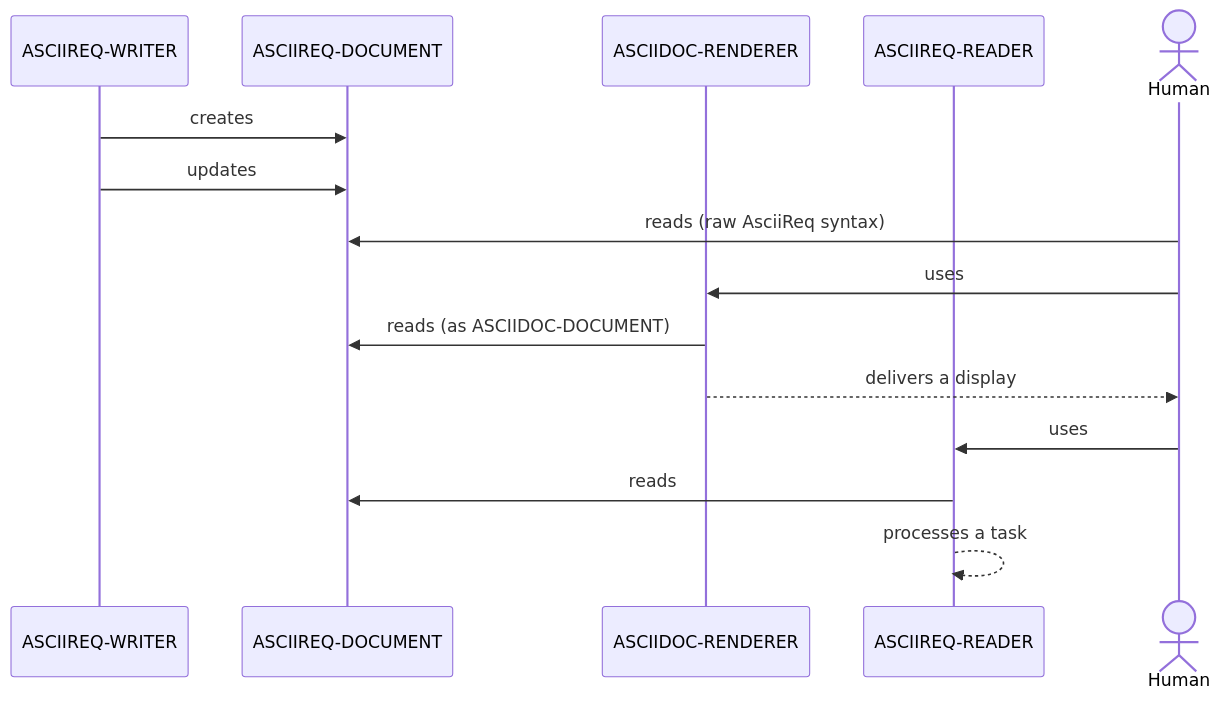
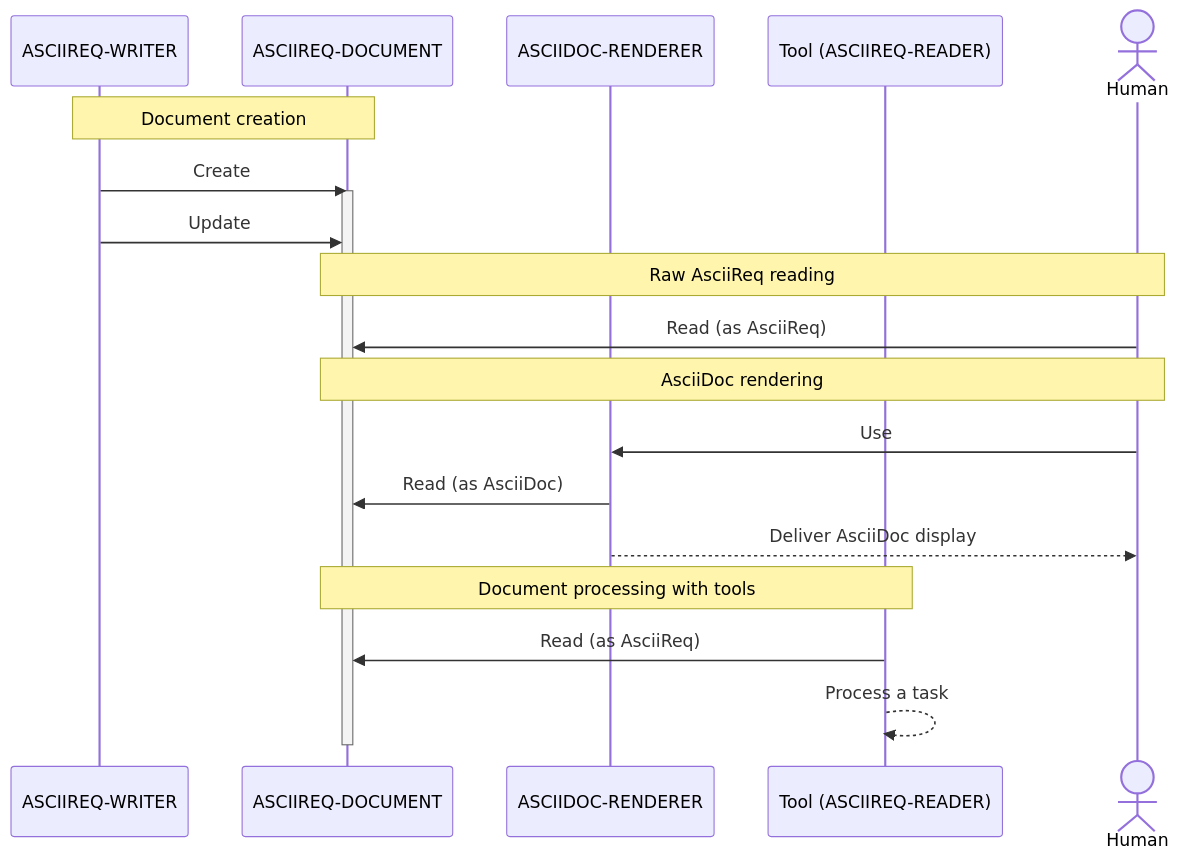
Before and after one commit to AsciiReq/specification: the diagram in diagrams/asciireq-workflow.mmd, drawn with Mermaid. The commit also changed 1 other file, not shown here.

Commit message:
Improve `diagrams/asciireq-workflow.mmd`

```diff
--- a/diagrams/asciireq-workflow.mmd
+++ b/diagrams/asciireq-workflow.mmd
@@ -1,19 +1,26 @@
 sequenceDiagram
-    participant ASCIIREQ-WRITER
-    participant ASCIIREQ-DOCUMENT
-    participant ASCIIDOC-RENDERER
-    participant ASCIIREQ-READER
-    actor Human
 
-    ASCIIREQ-WRITER->>ASCIIREQ-DOCUMENT: creates
-    ASCIIREQ-WRITER->>ASCIIREQ-DOCUMENT: updates
+participant ASCIIREQ-WRITER
+participant ASCIIREQ-DOCUMENT
+participant ASCIIDOC-RENDERER
+participant ASCIIREQ-READER as Tool (ASCIIREQ-READER)
+actor Human
 
-    Human->>ASCIIREQ-DOCUMENT: reads (raw AsciiReq syntax)
+Note over ASCIIREQ-WRITER,ASCIIREQ-DOCUMENT: Document creation
+ASCIIREQ-WRITER->>ASCIIREQ-DOCUMENT: Create
+activate ASCIIREQ-DOCUMENT
+ASCIIREQ-WRITER->>ASCIIREQ-DOCUMENT: Update
 
-    Human->>ASCIIDOC-RENDERER: uses
-    ASCIIDOC-RENDERER->>ASCIIREQ-DOCUMENT: reads (as ASCIIDOC-DOCUMENT)
-    ASCIIDOC-RENDERER-->>Human: delivers a display
+Note over ASCIIREQ-DOCUMENT,Human: Raw AsciiReq reading
+Human->>ASCIIREQ-DOCUMENT: Read (as AsciiReq)
 
-    Human->>ASCIIREQ-READER: uses
-    ASCIIREQ-READER->>ASCIIREQ-DOCUMENT: reads
-    ASCIIREQ-READER-->>ASCIIREQ-READER: processes a task
+Note over ASCIIREQ-DOCUMENT,Human: AsciiDoc rendering
+Human->>ASCIIDOC-RENDERER: Use
+ASCIIDOC-RENDERER->>ASCIIREQ-DOCUMENT: Read (as AsciiDoc)
+ASCIIDOC-RENDERER-->>Human: Deliver AsciiDoc display
+
+Note over ASCIIREQ-DOCUMENT,ASCIIREQ-READER: Document processing with tools
+ASCIIREQ-READER->>ASCIIREQ-DOCUMENT: Read (as AsciiReq)
+ASCIIREQ-READER-->>ASCIIREQ-READER: Process a task
+
+deactivate ASCIIREQ-DOCUMENT
```
